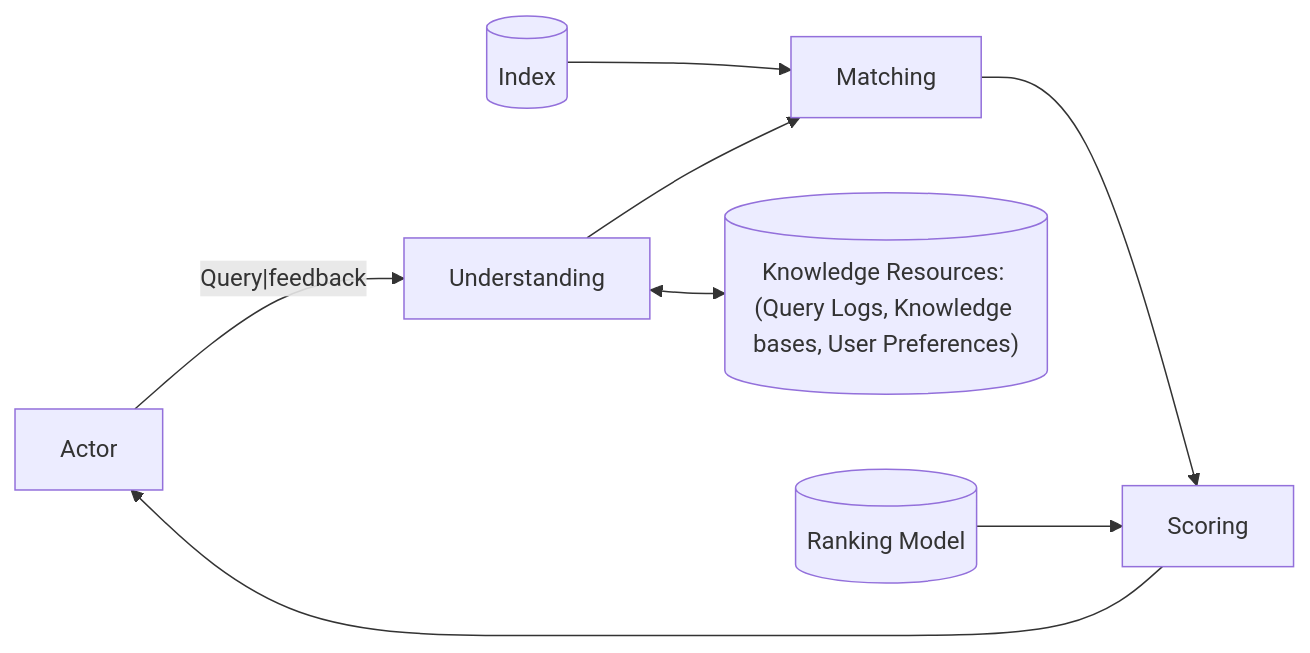
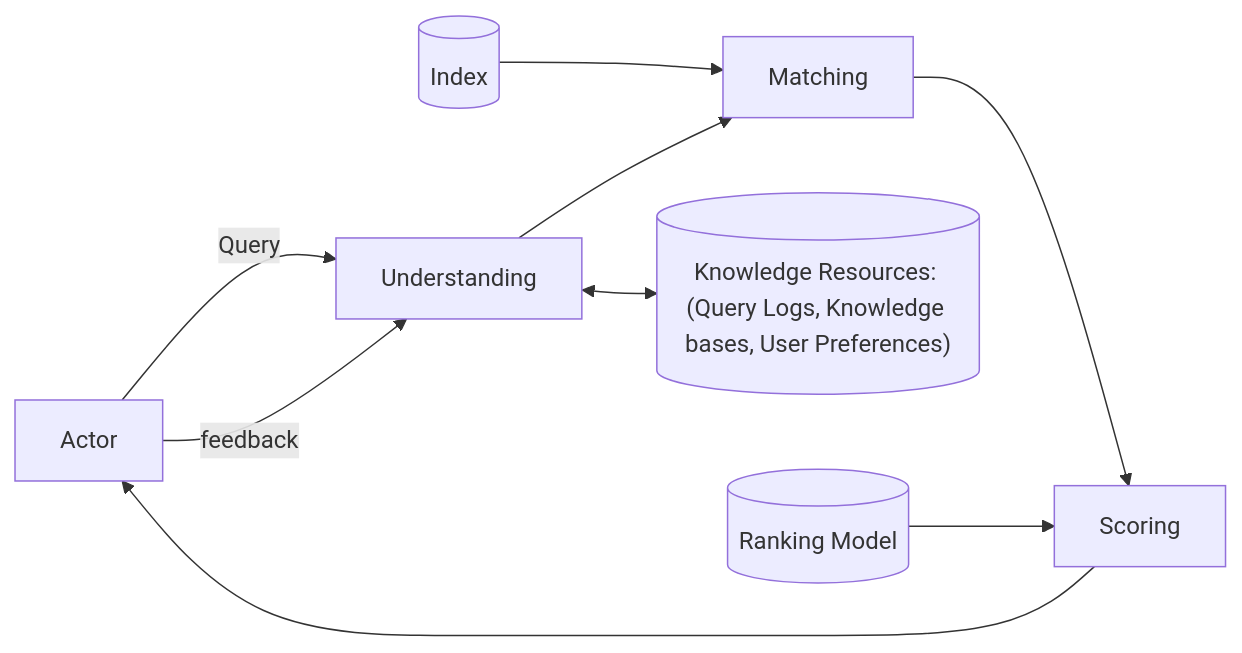
Before and after one commit to UFMG-Organizacao-de-Disciplinas/DCC831-TECC_Recuperacao_de_Informacao: diagram 16 of 20 in Files/Notas de aula.md, drawn with Mermaid. The commit also changed other lines of this file, not shown here.

````diff
--- a/Files/Notas de aula.md
+++ b/Files/Notas de aula.md
@@ -1984,10 +1984,11 @@
 ```mermaid
 graph LR
-  Actor -->|"Query|feedback"| Understanding
+  Actor -->|Query| Understanding
+  Actor -->|feedback| Understanding
   Index[(Index)] --> Matching
   Understanding --> Matching
   Understanding <--> KR[("Knowledge Resources: (Query Logs, Knowledge bases, User Preferences)")]
   Matching --> Scoring
   RM[(Ranking Model)] --> Scoring
   Scoring --> Actor
 ```
````
